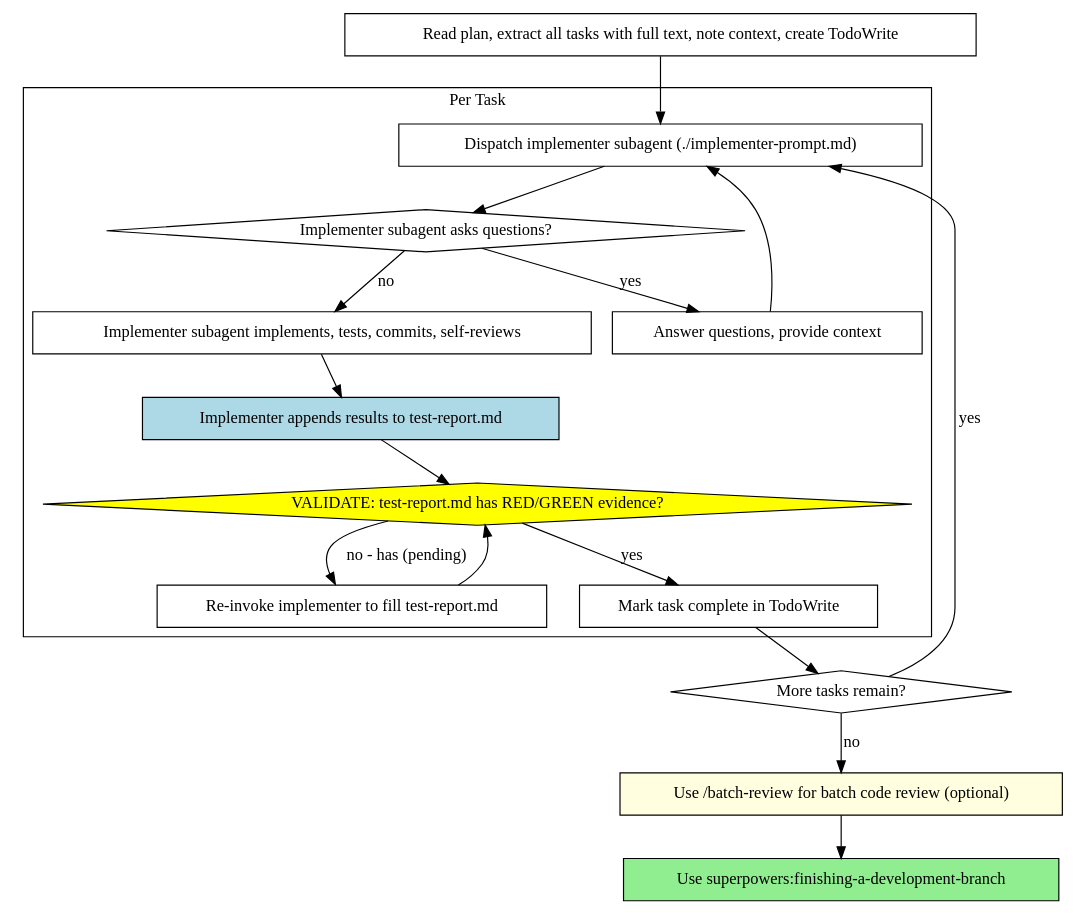
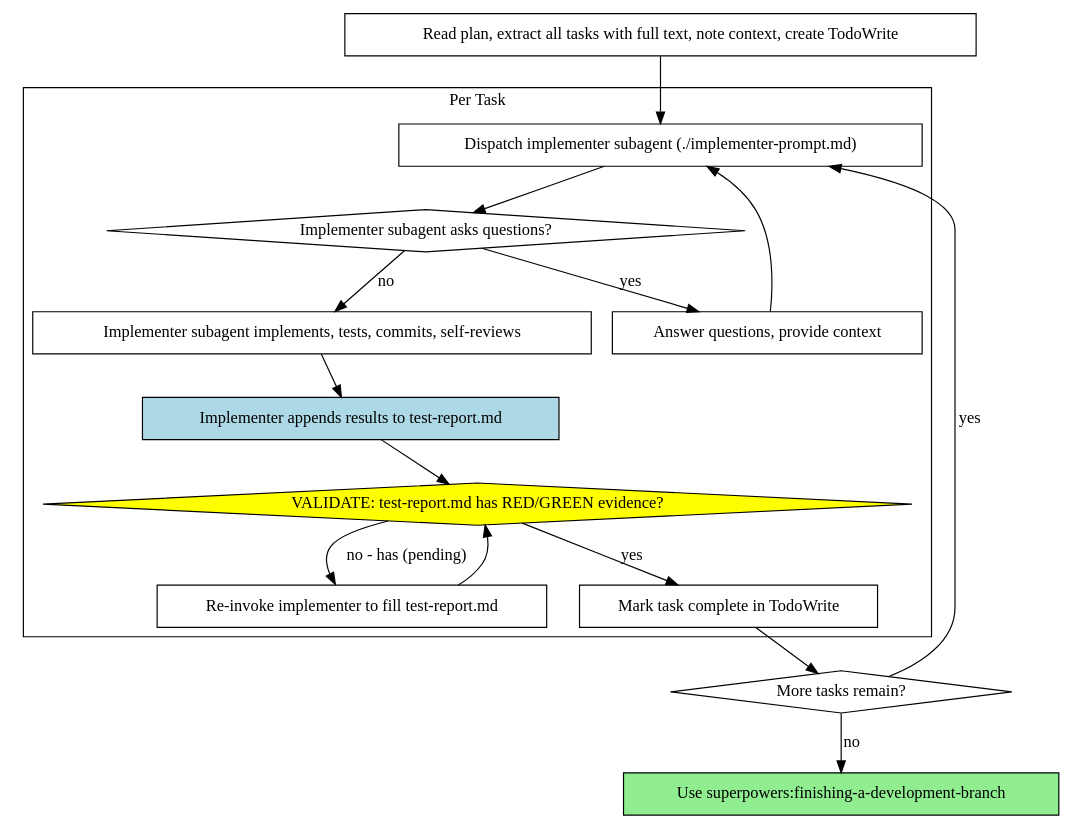
The second of 2 diagrams in skills/subagent-driven-development/SKILL.md (jerrydinguk-coder/superpowers), drawn with Graphviz before and after one commit. The commit also changed other lines of this file and 1 other file, not shown here.

First line of the commit message:
fix(workflow): completely remove batch-review from main flow

````diff
--- a/skills/subagent-driven-development/SKILL.md
+++ b/skills/subagent-driven-development/SKILL.md
@@ -46,37 +45,35 @@
 ```dot
 digraph process {
     rankdir=TB;
 
     subgraph cluster_per_task {
         label="Per Task";
         "Dispatch implementer subagent (./implementer-prompt.md)" [shape=box];
         "Implementer subagent asks questions?" [shape=diamond];
         "Answer questions, provide context" [shape=box];
         "Implementer subagent implements, tests, commits, self-reviews" [shape=box];
         "Implementer appends results to test-report.md" [shape=box style=filled fillcolor=lightblue];
         "VALIDATE: test-report.md has RED/GREEN evidence?" [shape=diamond style=filled fillcolor=yellow];
         "Re-invoke implementer to fill test-report.md" [shape=box];
         "Mark task complete in TodoWrite" [shape=box];
     }
 
     "Read plan, extract all tasks with full text, note context, create TodoWrite" [shape=box];
     "More tasks remain?" [shape=diamond];
-    "Use /batch-review for batch code review (optional)" [shape=box style=filled fillcolor=lightyellow];
     "Use superpowers:finishing-a-development-branch" [shape=box style=filled fillcolor=lightgreen];
 
     "Read plan, extract all tasks with full text, note context, create TodoWrite" -> "Dispatch implementer subagent (./implementer-prompt.md)";
     "Dispatch implementer subagent (./implementer-prompt.md)" -> "Implementer subagent asks questions?";
     "Implementer subagent asks questions?" -> "Answer questions, provide context" [label="yes"];
     "Answer questions, provide context" -> "Dispatch implementer subagent (./implementer-prompt.md)";
     "Implementer subagent asks questions?" -> "Implementer subagent implements, tests, commits, self-reviews" [label="no"];
     "Implementer subagent implements, tests, commits, self-reviews" -> "Implementer appends results to test-report.md";
     "Implementer appends results to test-report.md" -> "VALIDATE: test-report.md has RED/GREEN evidence?";
     "VALIDATE: test-report.md has RED/GREEN evidence?" -> "Re-invoke implementer to fill test-report.md" [label="no - has (pending)"];
     "Re-invoke implementer to fill test-report.md" -> "VALIDATE: test-report.md has RED/GREEN evidence?";
     "VALIDATE: test-report.md has RED/GREEN evidence?" -> "Mark task complete in TodoWrite" [label="yes"];
     "Mark task complete in TodoWrite" -> "More tasks remain?";
     "More tasks remain?" -> "Dispatch implementer subagent (./implementer-prompt.md)" [label="yes"];
-    "More tasks remain?" -> "Use /batch-review for batch code review (optional)" [label="no"];
-    "Use /batch-review for batch code review (optional)" -> "Use superpowers:finishing-a-development-branch";
+    "More tasks remain?" -> "Use superpowers:finishing-a-development-branch" [label="no"];
 }
 ```
````
